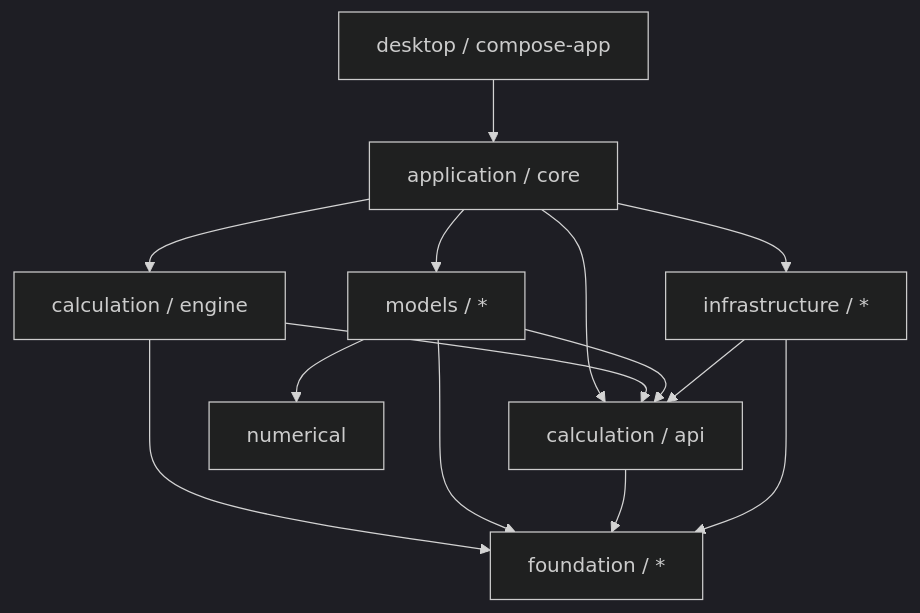
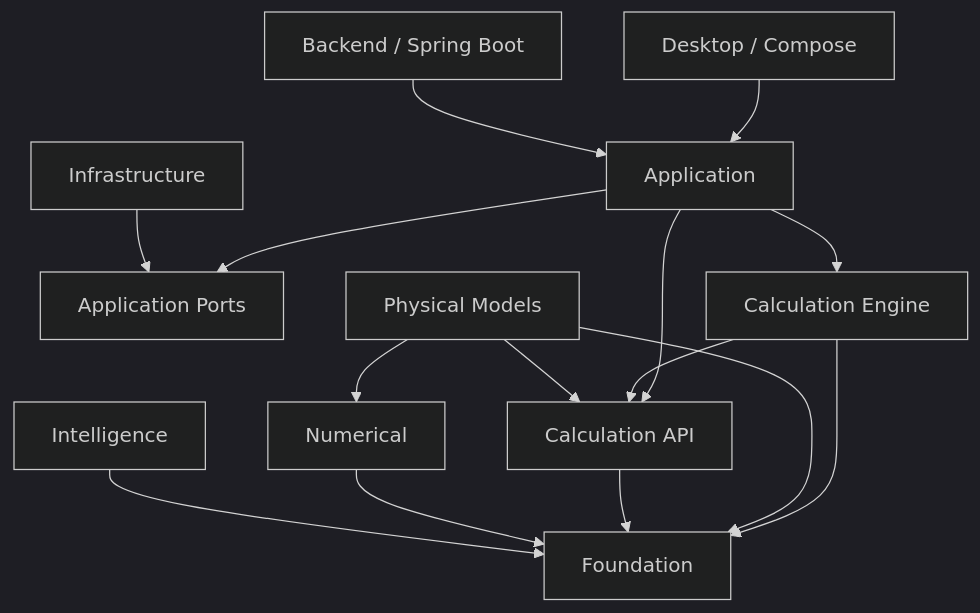
Before and after one commit to AxxlLN/Thermora: the diagram in docs/ARCHITECTURE.md, drawn with Mermaid (dark theme). The commit also changed other lines of this file, not shown here.

Commit message:
ARCHITECTURE.md ver 1.1

````diff
--- a/docs/ARCHITECTURE.md
+++ b/docs/ARCHITECTURE.md
@@ -527,28 +710,35 @@
 ```mermaid
 flowchart TD
-    UI["desktop / compose-app"]
-    APP["application / core"]
-    ENGINE["calculation / engine"]
-    API["calculation / api"]
-    MODELS["models / *"]
-    NUM["numerical"]
-    INFRA["infrastructure / *"]
-    FOUNDATION["foundation / *"]
+    UI["Desktop / Compose"]
+    BACKEND["Backend / Spring Boot"]
+    APP["Application"]
+    PORTS["Application Ports"]
+    ENGINE["Calculation Engine"]
+    API["Calculation API"]
+    MODELS["Physical Models"]
+    NUM["Numerical"]
+    FOUNDATION["Foundation"]
+    INFRA["Infrastructure"]
+    AI["Intelligence"]
 
     UI --> APP
+    BACKEND --> APP
+
+    APP --> PORTS
     APP --> ENGINE
     APP --> API
-    APP --> MODELS
-    APP --> INFRA
 
     ENGINE --> API
     ENGINE --> FOUNDATION
 
     MODELS --> API
     MODELS --> NUM
     MODELS --> FOUNDATION
 
     API --> FOUNDATION
-    INFRA --> FOUNDATION
-    INFRA --> API
+    NUM --> FOUNDATION
+
+    INFRA --> PORTS
+
+    AI --> FOUNDATION
 ```
````
